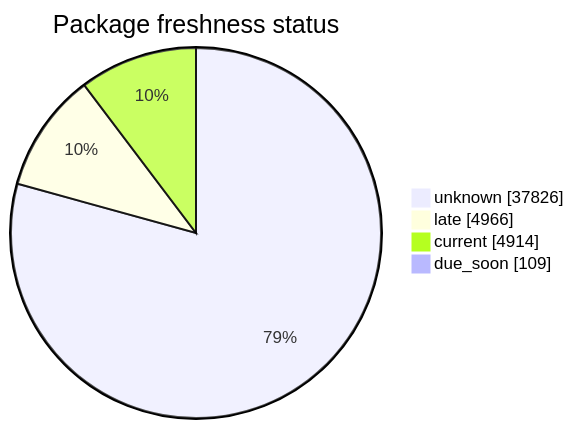
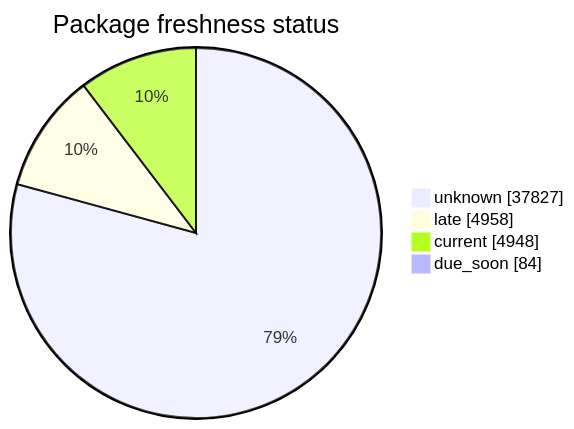
The second of 5 diagrams in FreshCheck/README.md (open-data/analytics-corporate-reporting), drawn with Mermaid before and after one commit. The commit also changed other lines of this file and 3 other files, not shown here.

````diff
--- a/FreshCheck/README.md
+++ b/FreshCheck/README.md
@@ -68,7 +68,7 @@
 ```mermaid
 pie showData title Package freshness status
-    "unknown": 37826
-    "late": 4966
-    "current": 4914
-    "due_soon": 109
+    "unknown": 37827
+    "late": 4958
+    "current": 4948
+    "due_soon": 84
 ```
````
